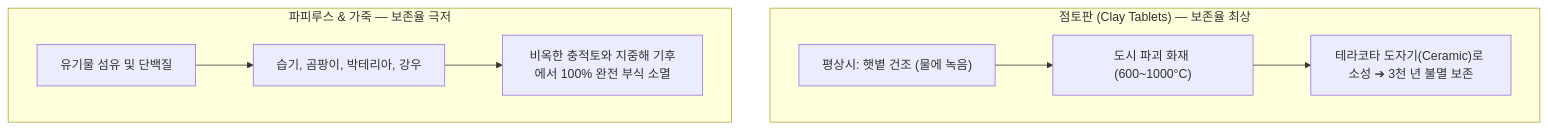
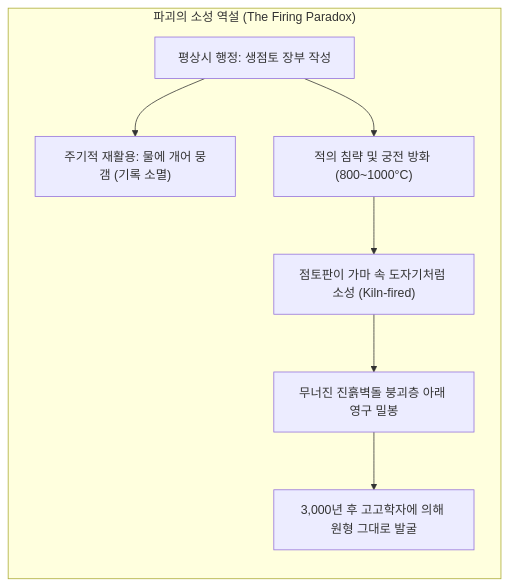
Before and after one commit to YgHnSIM/after-the-ledger: the second of 5 diagrams in docs/essays/07-무엇이-보존되고-무엇이-사라졌는가.md, drawn with Mermaid. The commit also changed other lines of this file and 2 other files, not shown here.

````diff
--- a/docs/essays/07-무엇이-보존되고-무엇이-사라졌는가.md
+++ b/docs/essays/07-무엇이-보존되고-무엇이-사라졌는가.md
@@ -26,12 +88,10 @@
 ```mermaid
-flowchart TD
-    subgraph Clay ["점토판 (Clay Tablets) — 보존율 최상"]
-        C1["평상시: 햇볕 건조 (물에 녹음)"] --> C2["도시 파괴 화재 (600~1000°C)"]
-        C2 --> C3["테라코타 도자기(Ceramic)로 소성 ➔ 3천 년 불멸 보존"]
-    end
-    
-    subgraph Organic ["파피루스 & 가죽 — 보존율 극저"]
-        O1["유기물 섬유 및 단백질"] --> O2["습기, 곰팡이, 박테리아, 강우"]
-        O2 --> O3["비옥한 충적토와 지중해 기후에서 100% 완전 부식 소멸"]
+flowchart LR
+    subgraph DestructionParadox ["파괴의 소성 역설 (The Firing Paradox)"]
+        D1["평상시 행정: 생점토 장부 작성"] --> D2["주기적 재활용: 물에 개어 뭉갬 (기록 소멸)"]
+        D1 --> D3["적의 침략 및 궁전 방화 (800~1000°C)"]
+        D3 --> D4["점토판이 가마 속 도자기처럼 소성 (Kiln-fired)"]
+        D4 --> D5["무너진 진흙벽돌 붕괴층 아래 영구 밀봉"]
+        D5 --> D6["3,000년 후 고고학자에 의해 원형 그대로 발굴"]
     end
 ```
````
